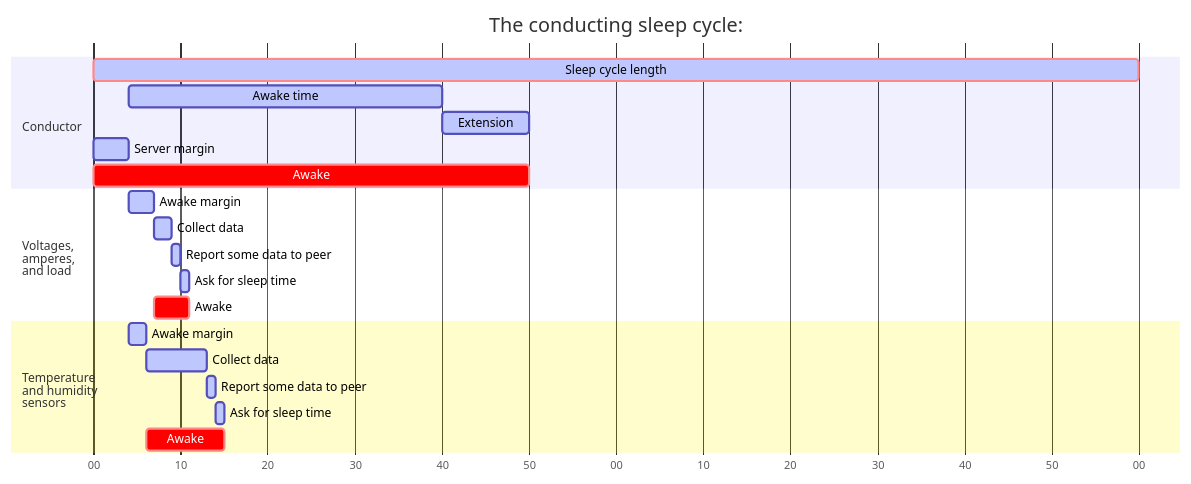
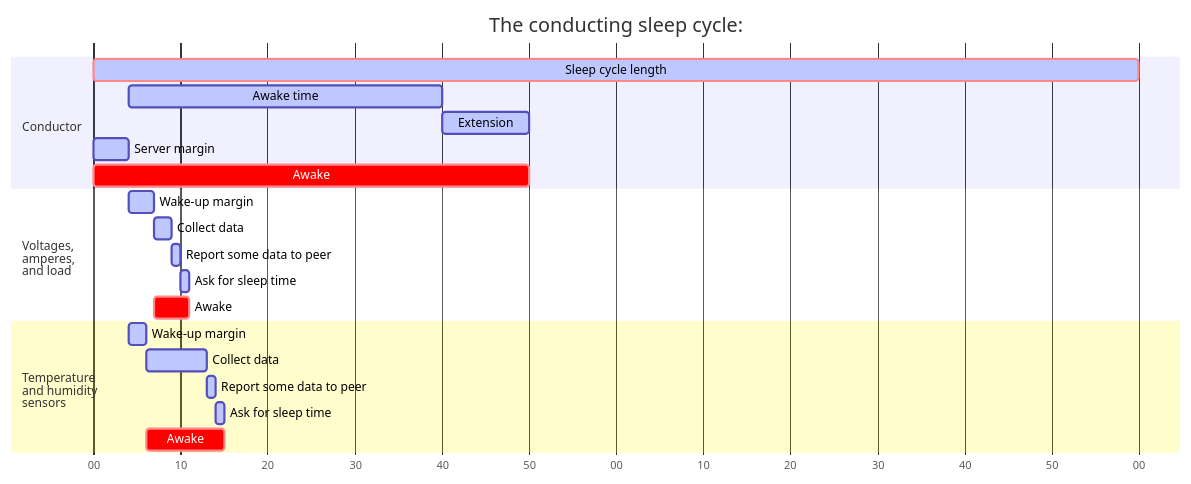
One commit to RobustoFramework/Robusto changed the diagram in components/robusto/conductor/README.md. Above: the diagram before and after it, drawn with Mermaid. The commit also changed other lines of this file and 1 other file, not shown here.

````diff
--- a/components/robusto/conductor/README.md
+++ b/components/robusto/conductor/README.md
@@ -25,30 +45,30 @@
 ```mermaid
 
 gantt
     dateFormat  s
     title  The conducting sleep cycle:    
     section Conductor  
     Sleep cycle length        :crit,active, cycle,0,120s
     Awake time         :active, wake, after sm,36s
     Extension     :active, ext,after wake,10s
     Server margin   :active, sm,0, 4s
     Awake :crit, sw, 0, 50
     
     section Voltages,<br/>amperes,<br/>and load
-    Awake margin         :active, w1, after sm, 3s
+    Wake-up margin         :active, w1, after sm, 3s
     Collect data       :active, c1, after w1, 2s
     Report some data to peer :active, r1, after c1, 1s
     Ask for sleep time :active, a1, after r1, 1s
     Awake :crit, cw, after w1, 4s
 
     section Temperature<br/>and humidity<br/>sensors
-    Awake margin         :active, w2, after sm, 2s
+    Wake-up margin         :active, w2, after sm, 2s
     Collect data       :active, c2, after w2, 7s
     Report some data to peer :active, r2, after c2, 1s
     Ask for sleep time :active, a2, after r2, 1s
     Awake :crit, cw, after w2, 9s
     
     tickInterval 10second
     axisFormat %S
     
 ```
````
